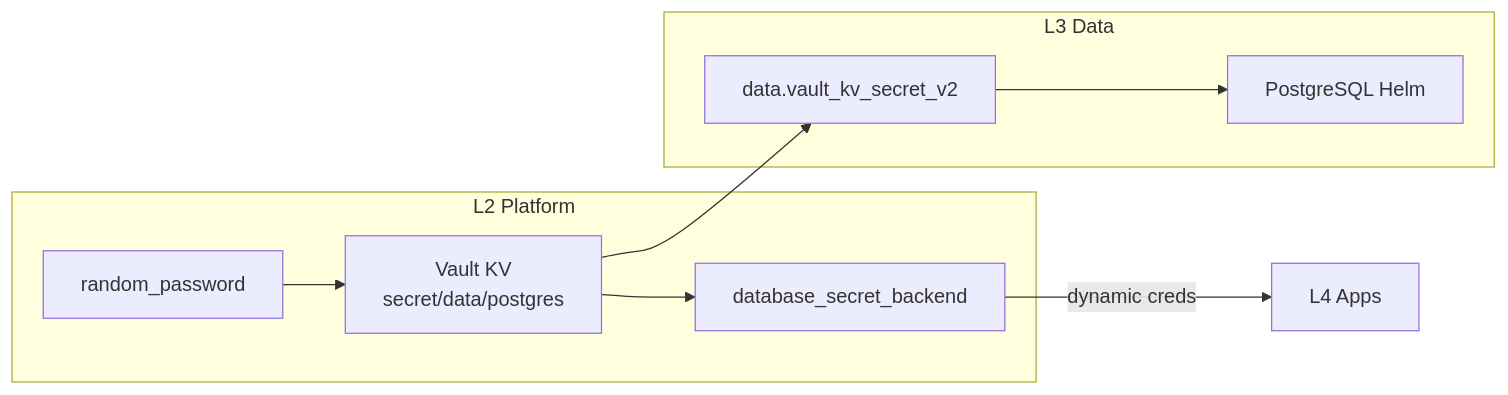
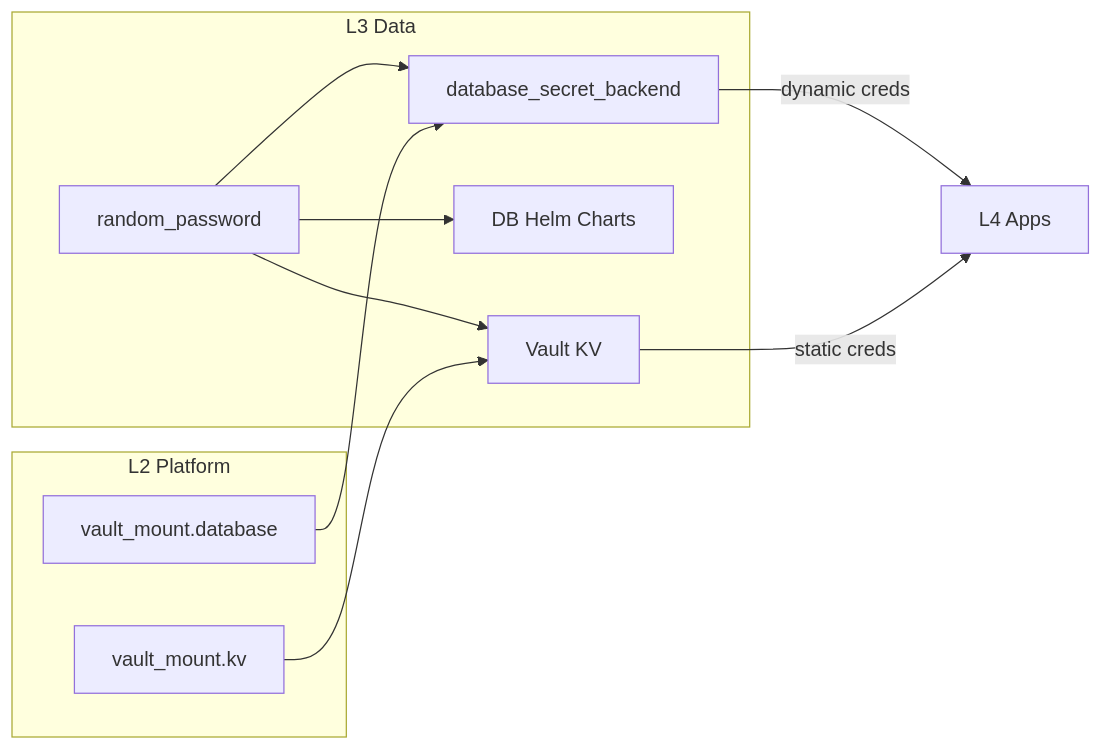
One commit to wangzitian0/infra changed the diagram in 3.data/README.md. Above: the diagram before and after it, drawn with Mermaid. The commit also changed other lines of this file and 32 other files, not shown here.

````diff
--- a/3.data/README.md
+++ b/3.data/README.md
@@ -18,12 +18,16 @@
 ```mermaid
 graph LR
     subgraph "L2 Platform"
-        RND[random_password] --> KV[Vault KV<br/>secret/data/postgres]
-        KV --> DB_CFG[database_secret_backend]
+        VM[vault_mount.kv]
+        VD[vault_mount.database]
     end
     subgraph "L3 Data"
-        DATA[data.vault_kv_secret_v2] --> HELM[PostgreSQL Helm]
+        RND[random_password] --> KV[Vault KV]
+        RND --> HELM[DB Helm Charts]
+        RND --> DB_CFG[database_secret_backend]
     end
-    KV --> DATA
+    VM --> KV
+    VD --> DB_CFG
     DB_CFG --> |dynamic creds| L4[L4 Apps]
+    KV --> |static creds| L4
 ```
````
